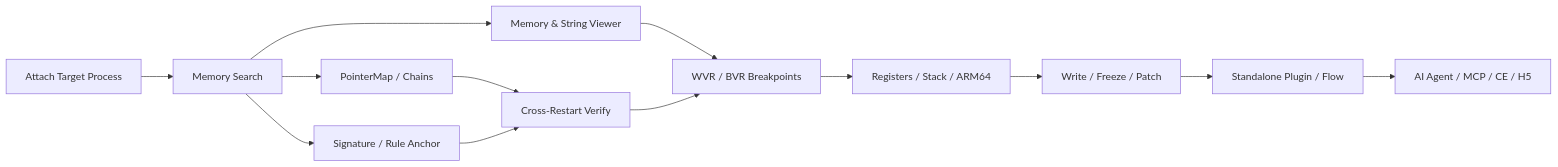
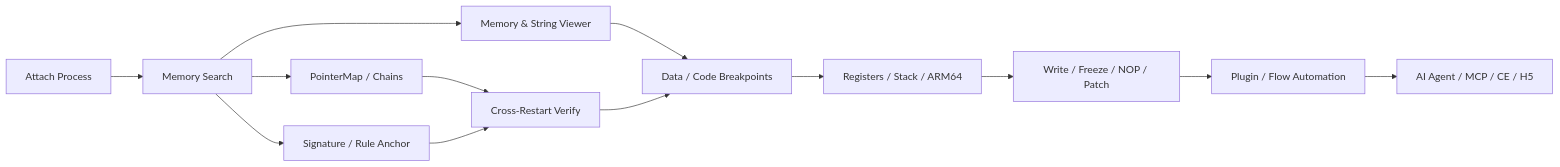
The diagram in README.md (susu123oss/MemoryToolkit-Release), drawn with Mermaid before and after one commit. The commit also changed other lines of this file and 1 other file, not shown here.

````diff
--- a/README.md
+++ b/README.md
@@ -110,15 +160,15 @@
 ```mermaid
 flowchart LR
-    A["Attach Target Process"] --> B["Memory Search"]
+    A["Attach Process"] --> B["Memory Search"]
     B --> C1["PointerMap / Chains"]
     B --> C2["Signature / Rule Anchor"]
     B --> D["Memory & String Viewer"]
     C1 --> E["Cross-Restart Verify"]
     C2 --> E
-    D --> F["WVR / BVR Breakpoints"]
+    D --> F["Data / Code Breakpoints"]
     E --> F
     F --> G["Registers / Stack / ARM64"]
-    G --> H["Write / Freeze / Patch"]
-    H --> I["Standalone Plugin / Flow"]
+    G --> H["Write / Freeze / NOP / Patch"]
+    H --> I["Plugin / Flow Automation"]
     I --> J["AI Agent / MCP / CE / H5"]
 ```
````
